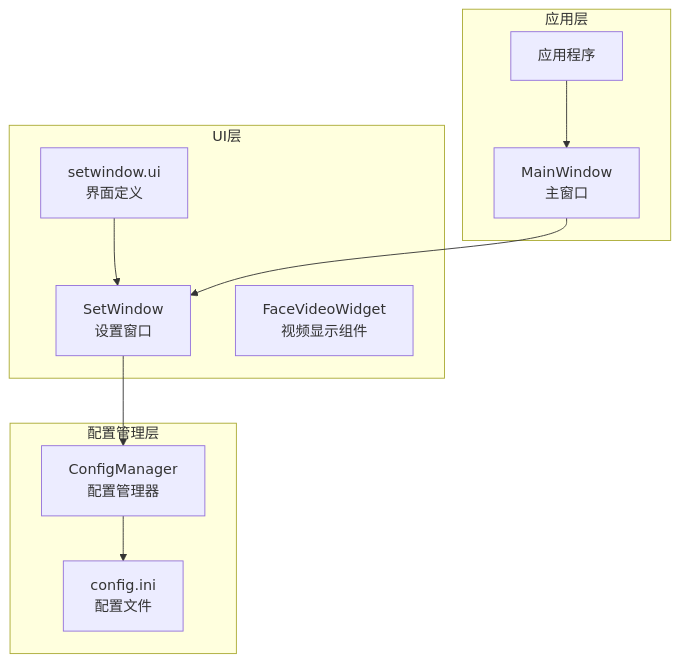
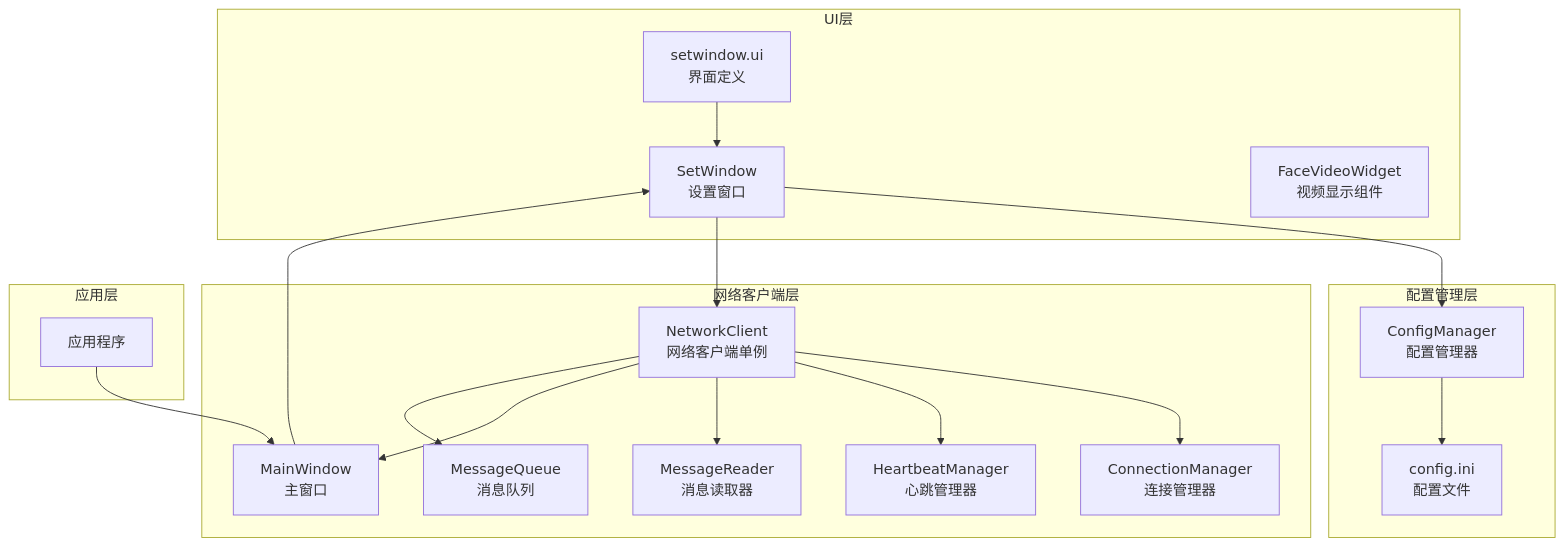
Before and after one commit to HeQiTZD/Triple-terminal-Attendance-Punching-System: the first of 8 diagrams in .qoder/repowiki/zh/content/用户界面设计/设置窗口.md, drawn with Mermaid. The commit also changed other lines of this file and 18 other files, not shown here.

````diff
--- a/.qoder/repowiki/zh/content/用户界面设计/设置窗口.md
+++ b/.qoder/repowiki/zh/content/用户界面设计/设置窗口.md
@@ -45,21 +48,35 @@
 ```mermaid
 graph TB
 subgraph "UI层"
 SW[SetWindow<br/>设置窗口]
 SWUI[setwindow.ui<br/>界面定义]
 FVW[FaceVideoWidget<br/>视频显示组件]
 end
 subgraph "配置管理层"
 CM[ConfigManager<br/>配置管理器]
 CFG[config.ini<br/>配置文件]
 end
+subgraph "网络客户端层"
+NC[NetworkClient<br/>网络客户端单例]
+CMN[ConnectionManager<br/>连接管理器]
+HM[HeartbeatManager<br/>心跳管理器]
+MR[MessageReader<br/>消息读取器]
+MW[MessageWriter<br/>消息写入器]
+MQ[MessageQueue<br/>消息队列]
+end
 subgraph "应用层"
 MW[MainWindow<br/>主窗口]
 APP[应用程序]
 end
 SW --> CM
 SWUI --> SW
+SW --> NC
+NC --> CMN
+NC --> HM
+NC --> MR
+NC --> MW
+NC --> MQ
 MW --> SW
 CM --> CFG
 APP --> MW
 ```
````
